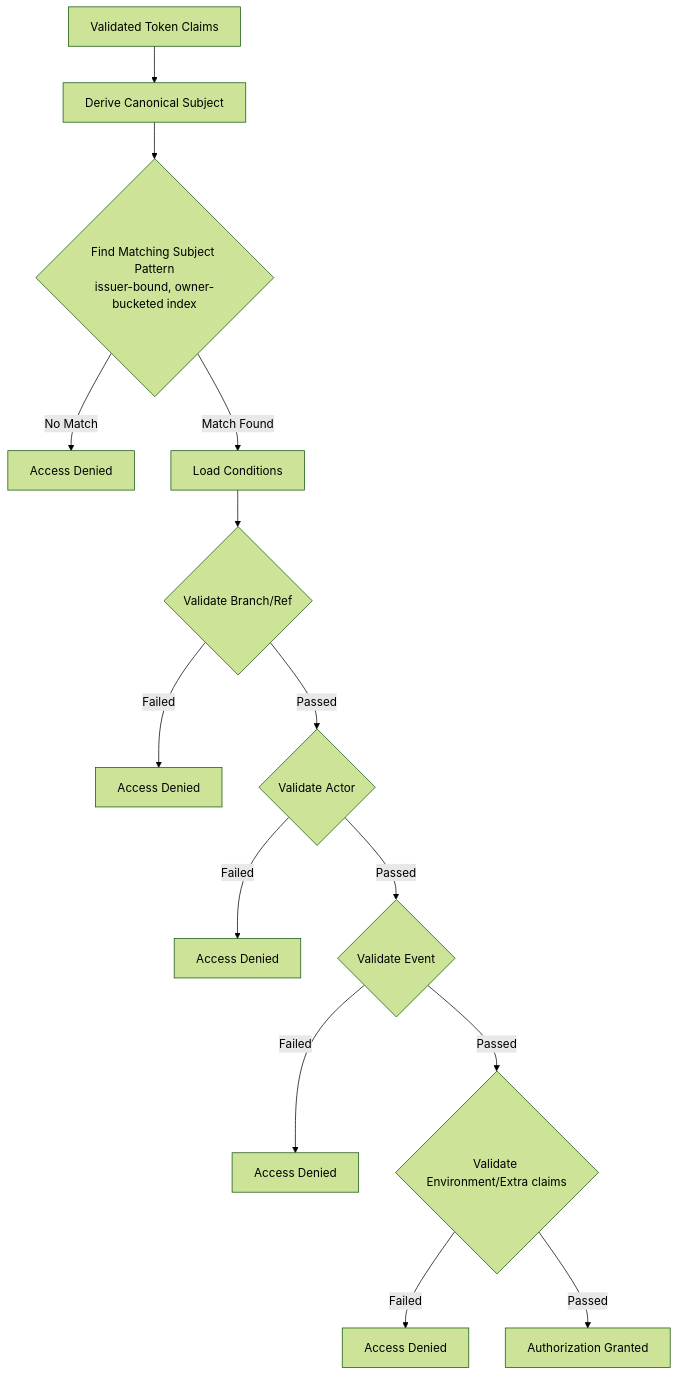
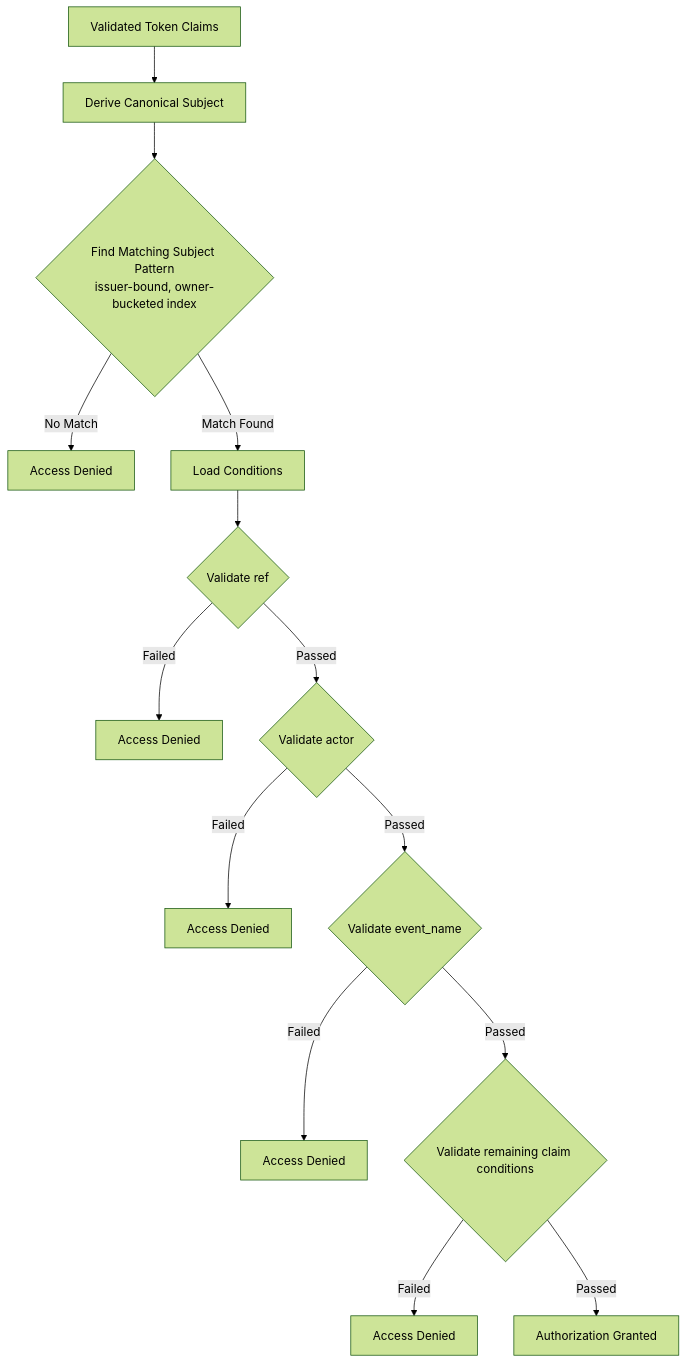
The sixth of 7 diagrams in docs/ARCHITECTURE.md (boogy/aws-oidc-warden), drawn with Mermaid (forest theme) before and after one commit. The commit also changed other lines of this file and 8 other files, not shown here.

First line of the commit message:
docs(conditions): document claim-named condition keys and pattern lists

````diff
--- a/docs/ARCHITECTURE.md
+++ b/docs/ARCHITECTURE.md
@@ -479,16 +484,16 @@
 ```mermaid
 flowchart TD
     A[Validated Token Claims] --> B[Derive Canonical Subject]
     B --> C{Find Matching Subject Pattern<br/>issuer-bound, owner-bucketed index}
     C -->|No Match| D[Access Denied]
     C -->|Match Found| E[Load Conditions]
-    E --> F{Validate Branch/Ref}
+    E --> F{Validate ref}
     F -->|Failed| G[Access Denied]
-    F -->|Passed| H{Validate Actor}
+    F -->|Passed| H{Validate actor}
     H -->|Failed| I[Access Denied]
-    H -->|Passed| J{Validate Event}
+    H -->|Passed| J{Validate event_name}
     J -->|Failed| K[Access Denied]
-    J -->|Passed| L{Validate Environment/Extra claims}
+    J -->|Passed| L{Validate remaining claim conditions}
     L -->|Failed| M[Access Denied]
     L -->|Passed| N[Authorization Granted]
 ```
````
